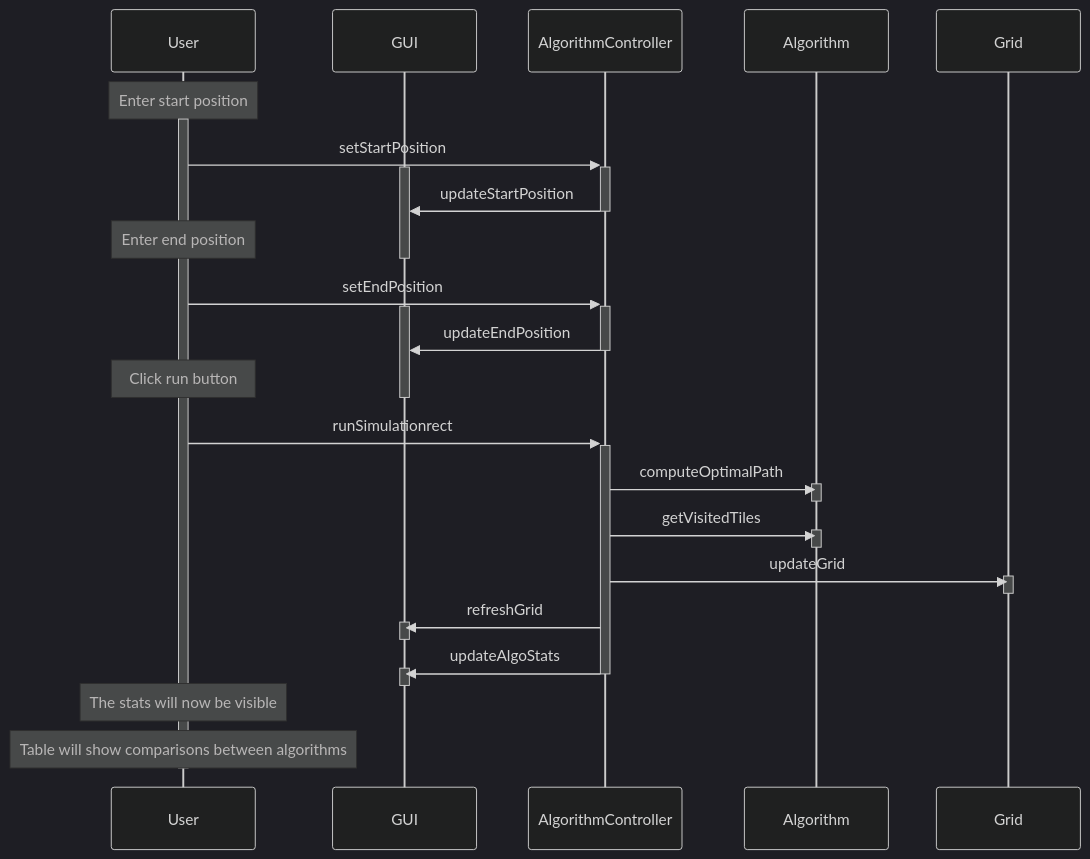
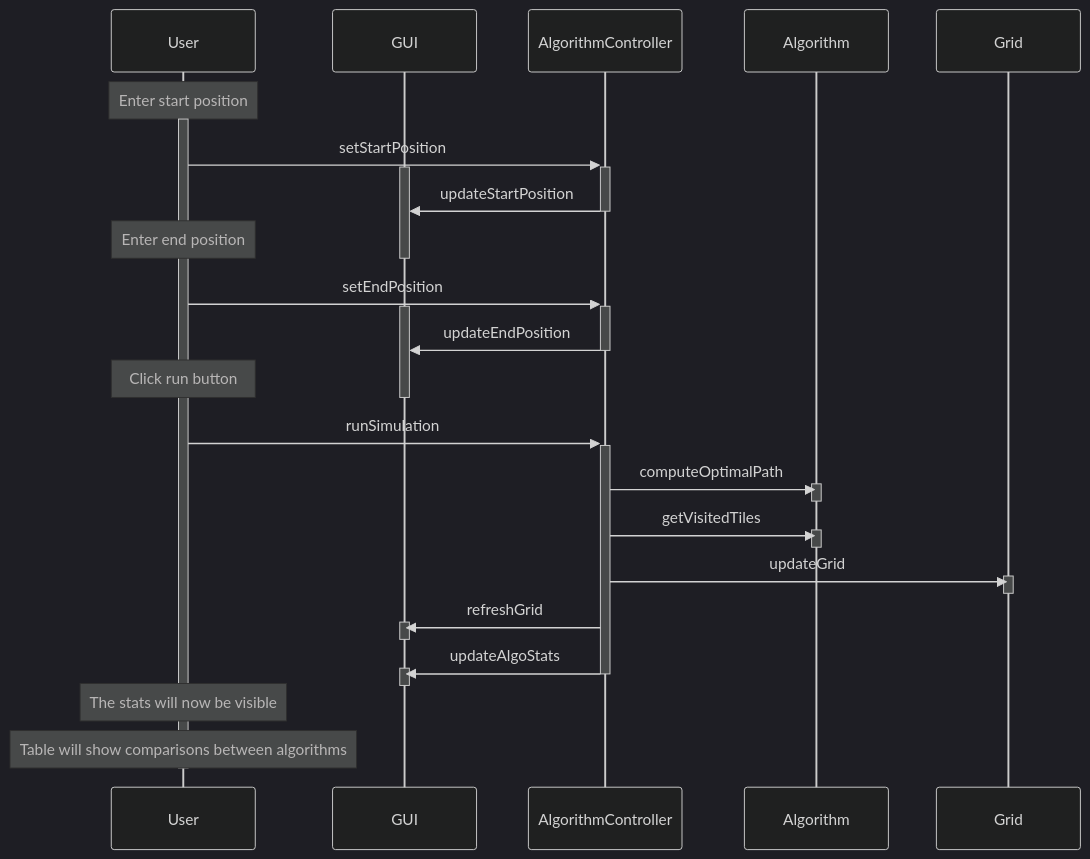
The sixth of 7 diagrams in Homeworks/Project/report.md (AdamCorbinFAUPhD/COP5339-Object-Oriented-Software-Design), drawn with Mermaid (dark theme) before and after one commit. The commit also changed other lines of this file, not shown here.

Commit message:
starting state diagrams

````diff
--- a/Homeworks/Project/report.md
+++ b/Homeworks/Project/report.md
@@ -322,43 +360,43 @@
 ```mermaid
 sequenceDiagram
 participant User
 participant GUI
 participant AlgorithmController
 participant Algorithm
 
 Note over User: Enter start position
 activate User
 User  ->>+ AlgorithmController : setStartPosition
 activate GUI
 AlgorithmController ->>- GUI : updateStartPosition
 
 Note over User: Enter end position
 deactivate GUI
 
 User ->>+ AlgorithmController : setEndPosition
 activate GUI
 AlgorithmController ->>- GUI : updateEndPosition
 
 Note over User: Click run button
 deactivate GUI
-User ->>+ AlgorithmController : runSimulationrect 
+User ->>+ AlgorithmController : runSimulation 
 AlgorithmController ->> Algorithm  : computeOptimalPath
 activate Algorithm
 deactivate Algorithm
 AlgorithmController ->> Algorithm  : getVisitedTiles
 activate Algorithm
 deactivate Algorithm
 AlgorithmController ->> Grid : updateGrid
 activate Grid
 deactivate Grid
 AlgorithmController ->> GUI : refreshGrid
 activate GUI
 deactivate GUI
 AlgorithmController ->>- GUI : updateAlgoStats
 activate GUI
 deactivate GUI
 Note over User: The stats will now be visible
 Note over User: Table will show comparisons between algorithms 
 deactivate User
 
 ```
````
